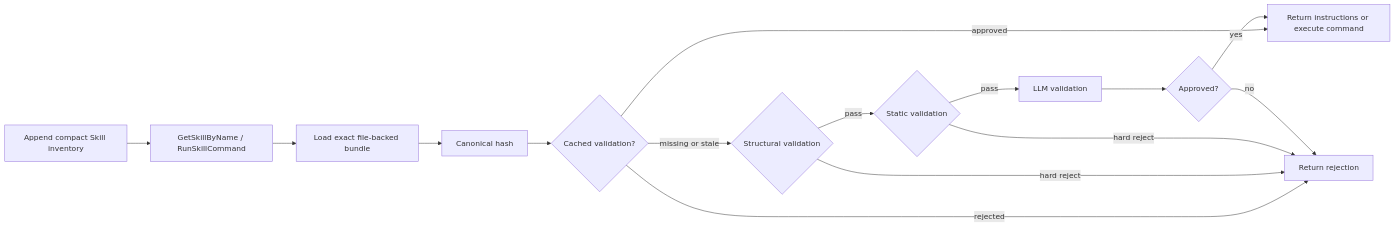
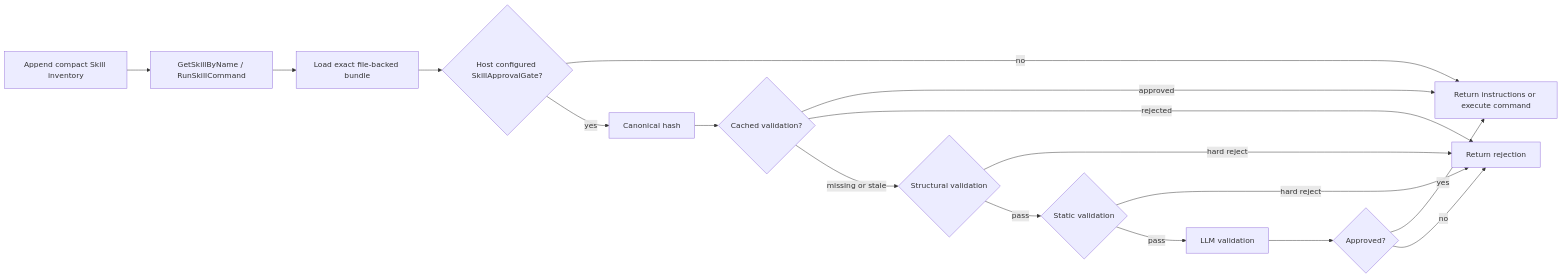
One commit to D00mch/souz changed the fifth of 5 diagrams in README.md. Above: the diagram before and after it, drawn with Mermaid. The commit also changed other lines of this file and 82 other files, not shown here.

````diff
--- a/README.md
+++ b/README.md
@@ -523,17 +522,19 @@
 ```mermaid
 flowchart LR
     inventory["Append compact Skill inventory"] --> lookup["GetSkillByName / RunSkillCommand"]
     lookup --> skillLoad["Load exact file-backed bundle"]
-    skillLoad --> skillHash["Canonical hash"]
+    skillLoad --> gate{"Host configured SkillApprovalGate?"}
+    gate -->|no| approval["Return instructions or execute command"]
+    gate -->|yes| skillHash["Canonical hash"]
     skillHash --> validationCache{"Cached validation?"}
     validationCache -->|approved| approval["Return instructions or execute command"]
     validationCache -->|rejected| rejection["Return rejection"]
     validationCache -->|missing or stale| structuralValidation{"Structural validation"}
     structuralValidation -->|hard reject| rejection
     structuralValidation -->|pass| staticValidation{"Static validation"}
     staticValidation -->|hard reject| rejection
     staticValidation -->|pass| llmValidation["LLM validation"]
     llmValidation --> verdict{"Approved?"}
     verdict -->|yes| approval
     verdict -->|no| rejection
 ```
````
